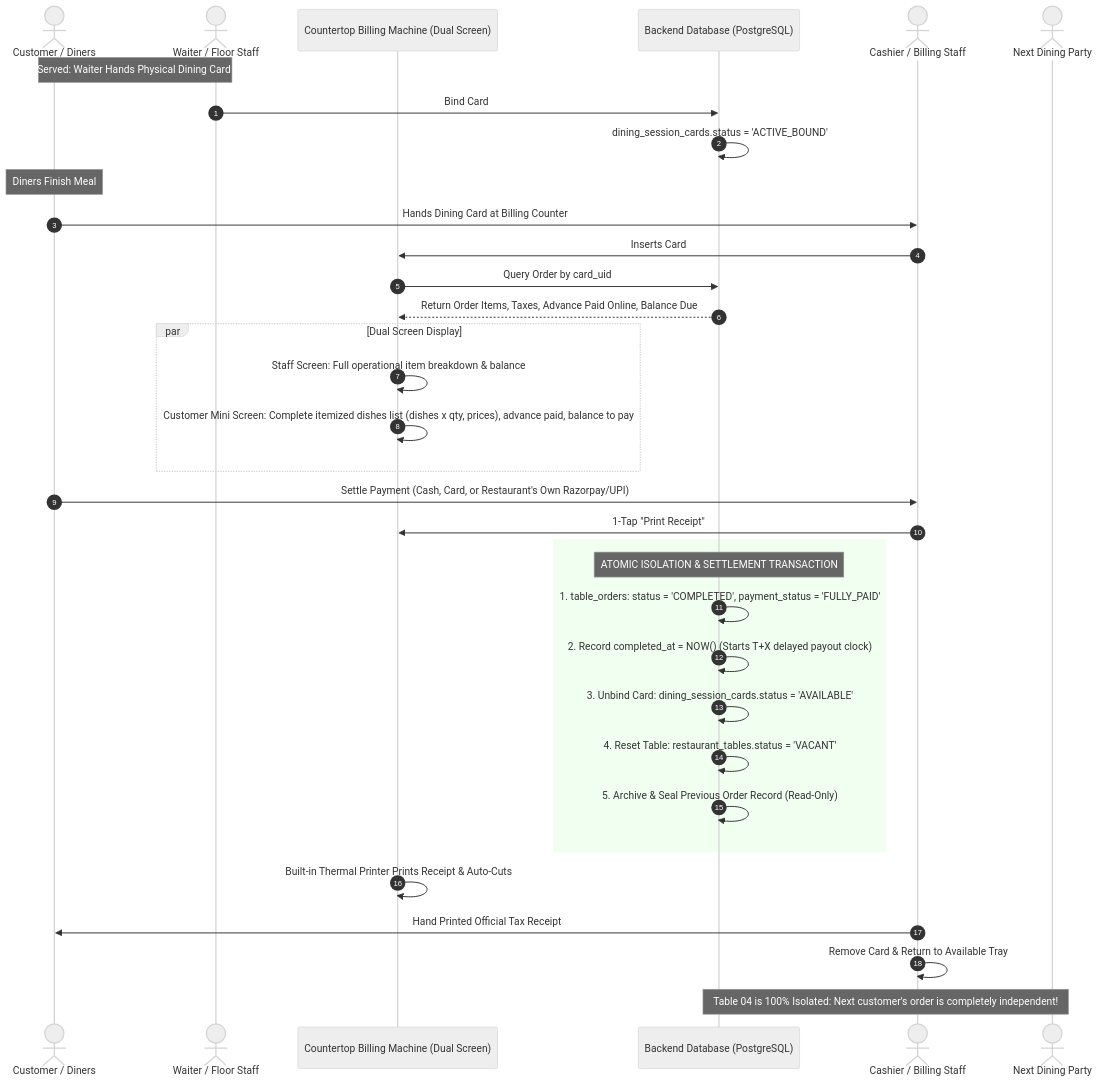
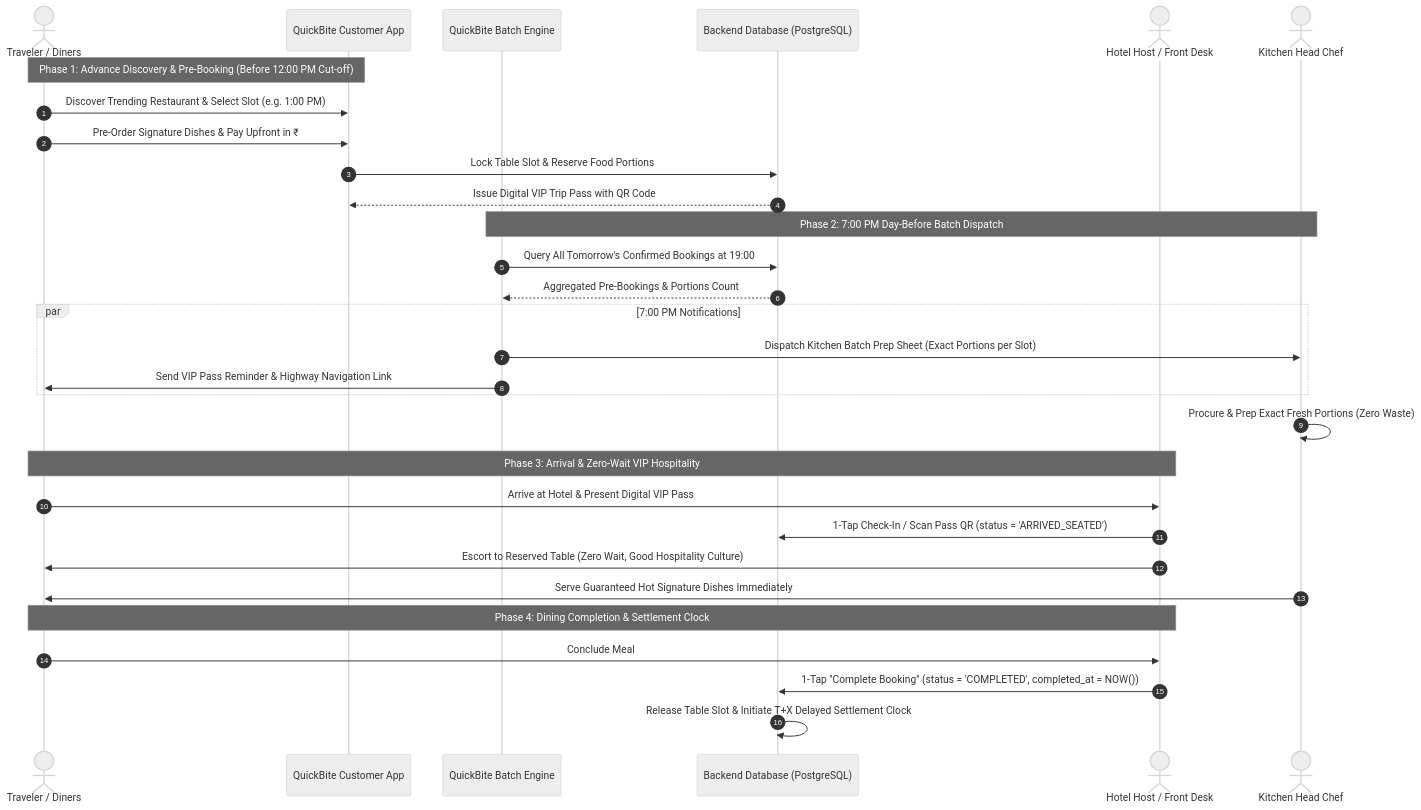
The fifth of 5 diagrams in docs/er-diagram.md (SidharthT-TechExpert/RWB_Project), drawn with Mermaid (neutral theme) before and after one commit. The commit also changed 4 other files, not shown here.

Commit message:
feat(redesign): pivot QuickBite to dedicated destination & trending food pre-booking platform

````diff
--- a/docs/er-diagram.md
+++ b/docs/er-diagram.md
@@ -321,40 +321,36 @@
 ```mermaid
 sequenceDiagram
     autonumber
-    actor Diner as Customer / Diners
-    actor Waiter as Waiter / Floor Staff
-    participant Machine as Countertop Billing Machine (Dual Screen)
+    actor Diner as Traveler / Diners
+    participant App as QuickBite Customer App
+    participant System as QuickBite Batch Engine
     participant DB as Backend Database (PostgreSQL)
-    actor Cashier as Cashier / Billing Staff
-    actor NextCustomer as Next Dining Party
+    actor Host as Hotel Host / Front Desk
+    actor Chef as Kitchen Head Chef
 
-    Note over Diner,Waiter: Food Served: Waiter Hands Physical Dining Card (Card #07)
-    Waiter->>DB: Bind Card #07 to Table 04 Active Order
-    DB->>DB: dining_session_cards.status = 'ACTIVE_BOUND'
-    Note over Diner: Diners Finish Meal
-    Diner->>Cashier: Hands Dining Card at Billing Counter
-    Cashier->>Machine: Inserts Card #07 into Machine Slot
-    Machine->>DB: Query Order by card_uid
-    DB-->>Machine: Return Order Items, Taxes, Advance Paid Online, Balance Due
-    par Dual Screen Display
-        Machine->>Machine: Staff Screen: Full operational item breakdown & balance
-        Machine->>Machine: Customer Mini Screen: Complete itemized dishes list (dishes x qty, prices), advance paid, balance to pay
+    Note over Diner,App: Phase 1: Advance Discovery & Pre-Booking (Before 12:00 PM Cut-off)
+    Diner->>App: Discover Trending Restaurant & Select Slot (e.g. 1:00 PM)
+    Diner->>App: Pre-Order Signature Dishes & Pay Upfront in ₹
+    App->>DB: Lock Table Slot & Reserve Food Portions
+    DB-->>App: Issue Digital VIP Trip Pass with QR Code
+
+    Note over System,Chef: Phase 2: 7:00 PM Day-Before Batch Dispatch
+    System->>DB: Query All Tomorrow's Confirmed Bookings at 19:00
+    DB-->>System: Aggregated Pre-Bookings & Portions Count
+    par 7:00 PM Notifications
+        System->>Chef: Dispatch Kitchen Batch Prep Sheet (Exact Portions per Slot)
+        System->>Diner: Send VIP Pass Reminder & Highway Navigation Link
     end
-    Diner->>Cashier: Settle Payment (Cash, Card, or Restaurant's Own Razorpay/UPI)
-    Cashier->>Machine: 1-Tap "Print Receipt"
+    Chef->>Chef: Procure & Prep Exact Fresh Portions (Zero Waste)
+
+    Note over Diner,Host: Phase 3: Arrival & Zero-Wait VIP Hospitality
+    Diner->>Host: Arrive at Hotel & Present Digital VIP Pass
+    Host->>DB: 1-Tap Check-In / Scan Pass QR (status = 'ARRIVED_SEATED')
+    Host->>Diner: Escort to Reserved Table (Zero Wait, Good Hospitality Culture)
+    Chef->>Diner: Serve Guaranteed Hot Signature Dishes Immediately
     
-    rect rgb(240, 255, 240)
-        Note over DB: ATOMIC ISOLATION & SETTLEMENT TRANSACTION
-        DB->>DB: 1. table_orders: status = 'COMPLETED', payment_status = 'FULLY_PAID'
-        DB->>DB: 2. Record completed_at = NOW() (Starts T+X delayed payout clock)
-        DB->>DB: 3. Unbind Card: dining_session_cards.status = 'AVAILABLE'
-        DB->>DB: 4. Reset Table: restaurant_tables.status = 'VACANT'
-        DB->>DB: 5. Archive & Seal Previous Order Record (Read-Only)
-    end
-
-    Machine->>Machine: Built-in Thermal Printer Prints Receipt & Auto-Cuts
-    Cashier->>Diner: Hand Printed Official Tax Receipt
-    Cashier->>Cashier: Remove Card & Return to Available Tray
-
-    Note over NextCustomer,DB: Table 04 is 100% Isolated: Next customer's order is completely independent!
+    Note over Diner,Host: Phase 4: Dining Completion & Settlement Clock
+    Diner->>Host: Conclude Meal
+    Host->>DB: 1-Tap "Complete Booking" (status = 'COMPLETED', completed_at = NOW())
+    DB->>DB: Release Table Slot & Initiate T+X Delayed Settlement Clock
 ```
````
